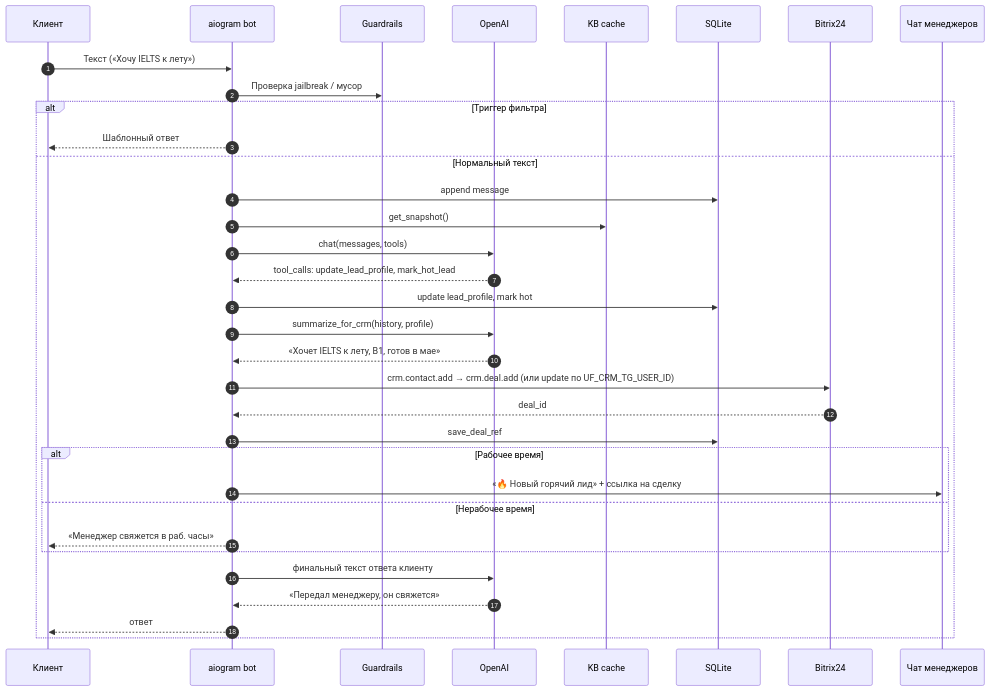
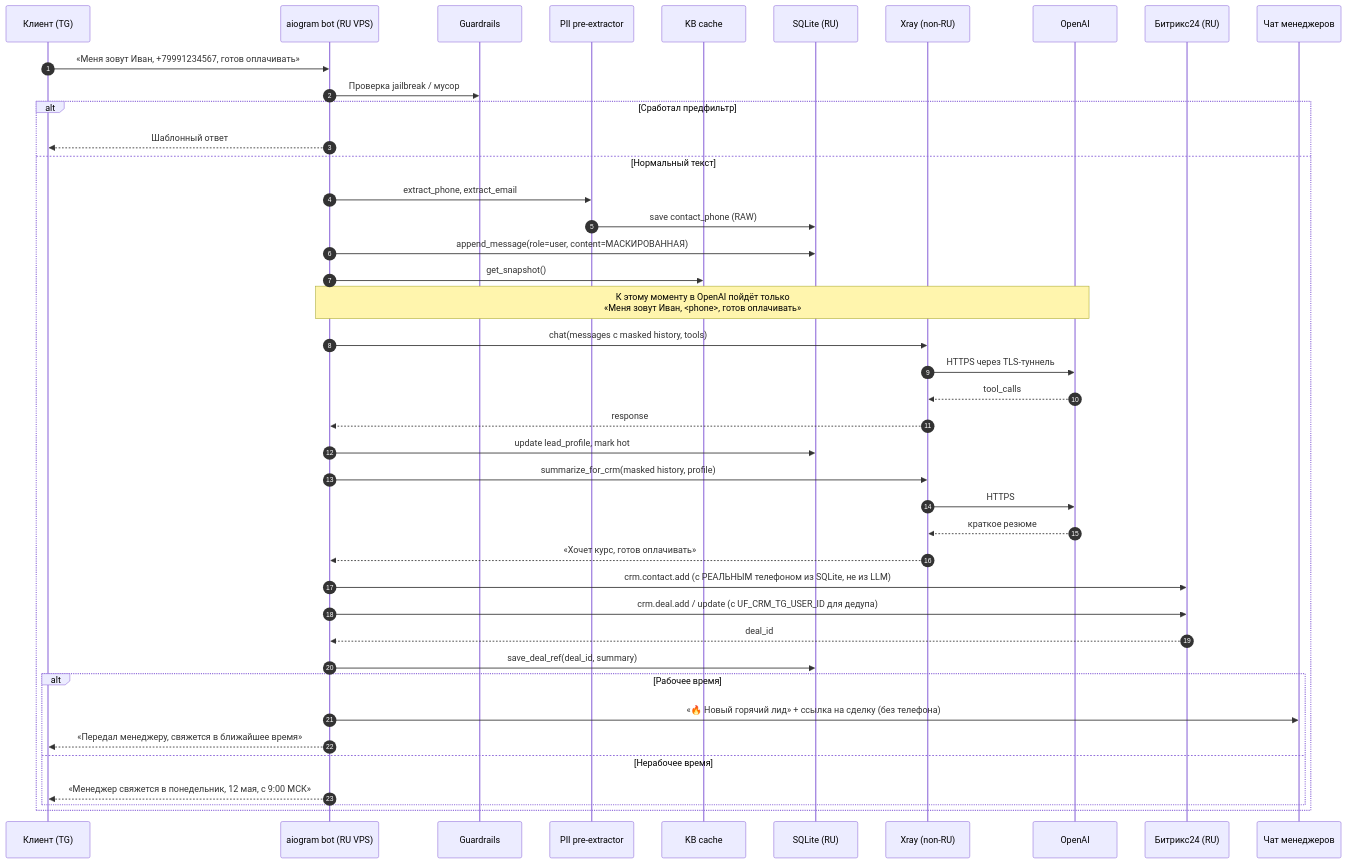
Before and after one commit to enjoyer777/ginai_english: the second of 2 diagrams in docs/architecture.md, drawn with Mermaid. The commit also changed other lines of this file, not shown here.

Commit message:
Update architecture.md: 2 VPS (RU + non-RU Xray tunnel), PII masking flow, calamine parser, calendar block, phone guard

````diff
--- a/docs/architecture.md
+++ b/docs/architecture.md
@@ -36,37 +64,48 @@
 ```mermaid
 sequenceDiagram
     autonumber
-    participant C as Клиент
-    participant B as aiogram bot
+    participant C as Клиент (TG)
+    participant B as aiogram bot (RU VPS)
     participant G as Guardrails
+    participant P as PII pre-extractor
+    participant K as KB cache
+    participant S as SQLite (RU)
+    participant X as Xray (non-RU)
     participant L as OpenAI
-    participant K as KB cache
-    participant S as SQLite
-    participant X as Bitrix24
+    participant Bx as Битрикс24 (RU)
     participant M as Чат менеджеров
 
-    C->>B: Текст («Хочу IELTS к лету»)
+    C->>B: «Меня зовут Иван, +79991234567, готов оплачивать»
     B->>G: Проверка jailbreak / мусор
-    alt Триггер фильтра
+    alt Сработал предфильтр
         B-->>C: Шаблонный ответ
     else Нормальный текст
-        B->>S: append message
+        B->>P: extract_phone, extract_email
+        P->>S: save contact_phone (RAW)
+        B->>S: append_message(role=user, content=МАСКИРОВАННАЯ)
         B->>K: get_snapshot()
-        B->>L: chat(messages, tools)
-        L-->>B: tool_calls: update_lead_profile, mark_hot_lead
+        Note over B,L: К этому моменту в OpenAI пойдёт только<br/>«Меня зовут Иван, <phone>, готов оплачивать»
+
+        B->>X: chat(messages с masked history, tools)
+        X->>L: HTTPS через TLS-туннель
+        L-->>X: tool_calls
+        X-->>B: response
         B->>S: update lead_profile, mark hot
-        B->>L: summarize_for_crm(history, profile)
-        L-->>B: «Хочет IELTS к лету, B1, готов в мае»
-        B->>X: crm.contact.add → crm.deal.add (или update по UF_CRM_TG_USER_ID)
-        X-->>B: deal_id
-        B->>S: save_deal_ref
+        B->>X: summarize_for_crm(masked history, profile)
+        X->>L: HTTPS
+        L-->>X: краткое резюме
+        X-->>B: «Хочет курс, готов оплачивать»
+
+        B->>Bx: crm.contact.add (с РЕАЛЬНЫМ телефоном из SQLite, не из LLM)
+        B->>Bx: crm.deal.add / update (с UF_CRM_TG_USER_ID для дедупа)
+        Bx-->>B: deal_id
+        B->>S: save_deal_ref(deal_id, summary)
+
         alt Рабочее время
-            B->>M: «🔥 Новый горячий лид» + ссылка на сделку
+            B->>M: «🔥 Новый горячий лид» + ссылка на сделку (без телефона)
+            B-->>C: «Передал менеджеру, свяжется в ближайшее время»
         else Нерабочее время
-            B-->>C: «Менеджер свяжется в раб. часы»
+            B-->>C: «Менеджер свяжется в понедельник, 12 мая, с 9:00 МСК»
         end
-        B->>L: финальный текст ответа клиенту
-        L-->>B: «Передал менеджеру, он свяжется»
-        B-->>C: ответ
     end
 ```
````
